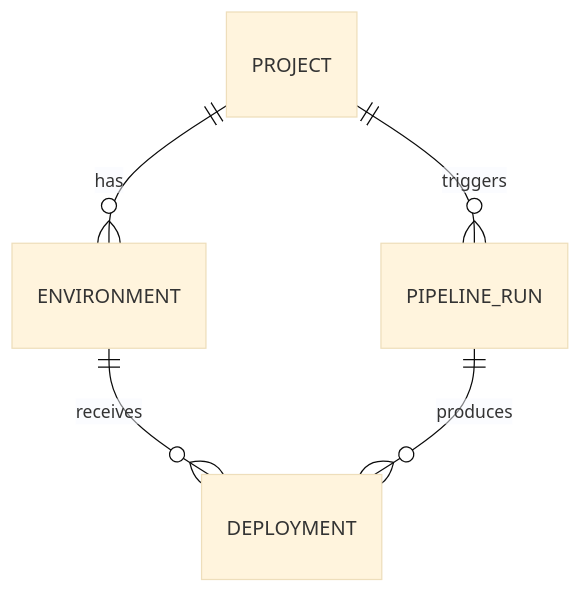
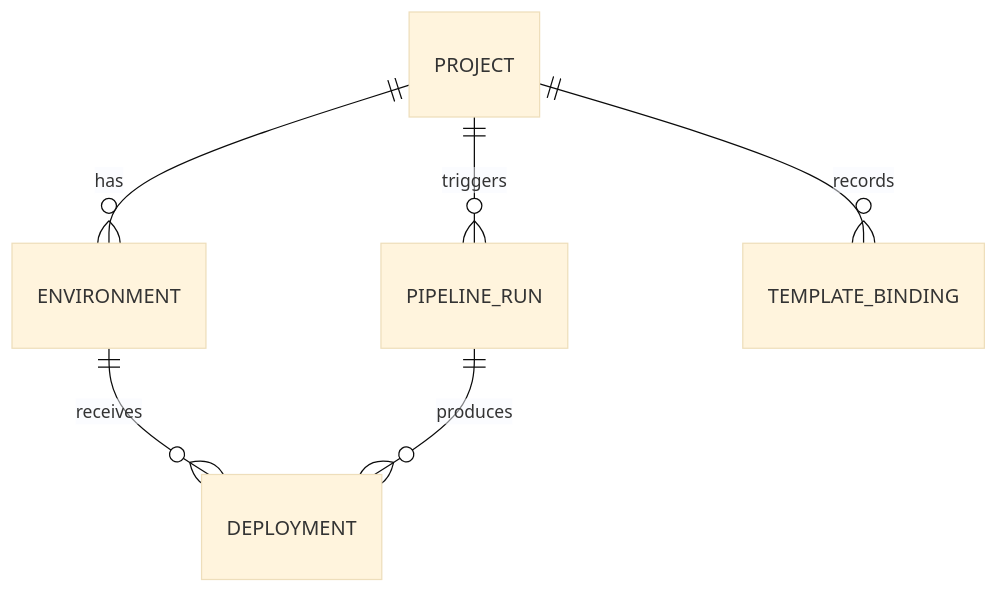
The seventh of 8 diagrams in docs/architecture.md (sameeralam3127/ansari), drawn with Mermaid (base theme) before and after one commit. The commit also changed other lines of this file and 15 other files, not shown here.

````diff
--- a/docs/architecture.md
+++ b/docs/architecture.md
@@ -263,7 +285,8 @@
 ```mermaid
 erDiagram
     PROJECT ||--o{ ENVIRONMENT : has
     PROJECT ||--o{ PIPELINE_RUN : triggers
+    PROJECT ||--o{ TEMPLATE_BINDING : records
     ENVIRONMENT ||--o{ DEPLOYMENT : receives
     PIPELINE_RUN ||--o{ DEPLOYMENT : produces
 ```
````
